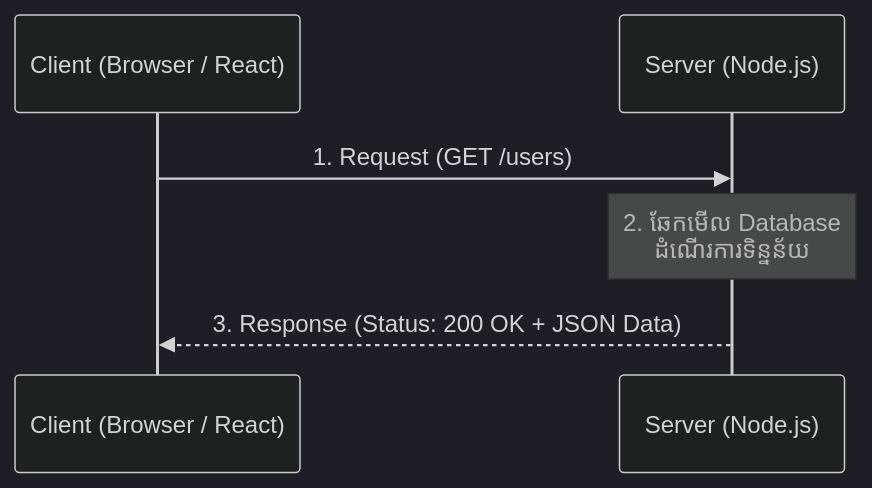
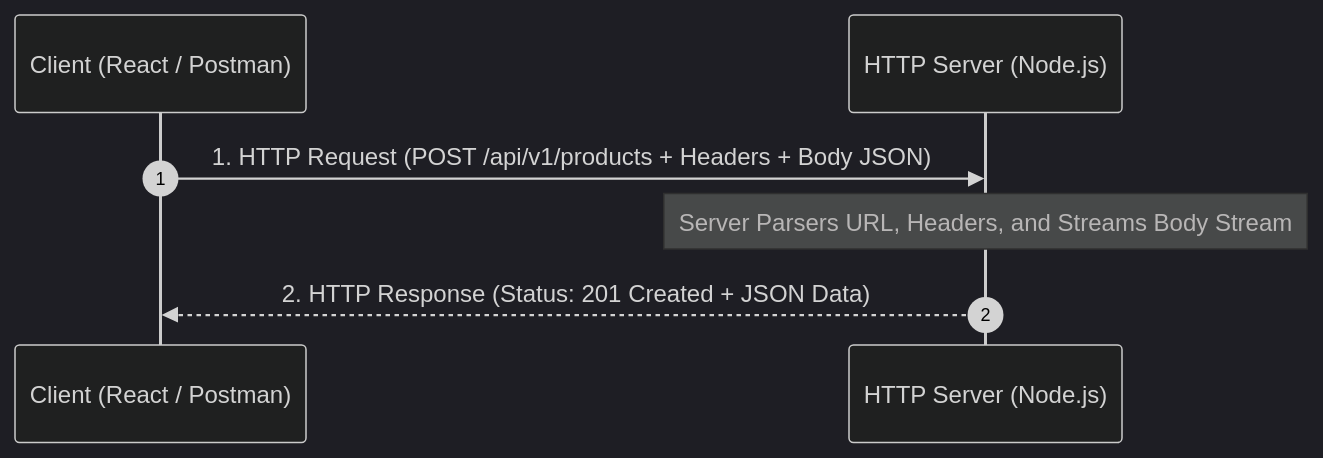
The diagram in src/courses/backend/module-1-nodejs-fundamentals/07-http-fundamentals.mdx (Ari-ICU/full-stack-short-coures), drawn with Mermaid (dark theme) before and after one commit. The commit also changed other lines of this file and 47 other files, not shown here.

Commit message:
refactor: rename backend-architecture directory to backend and update path references across all course modules

````diff
--- a/src/courses/backend/module-1-nodejs-fundamentals/07-http-fundamentals.mdx
+++ b/src/courses/backend/module-1-nodejs-fundamentals/07-http-fundamentals.mdx
@@ -16,9 +26,10 @@
 ```mermaid
 sequenceDiagram
-    participant C as Client (Browser / React)
-    participant S as Server (Node.js)
+    autonumber
+    participant Client as Client (React / Postman)
+    participant Server as HTTP Server (Node.js)
     
-    C->>S: 1. Request (GET /users)
-    Note over S: 2. ឆែកមើល Database <br/> ដំណើរការទិន្នន័យ
-    S-->>C: 3. Response (Status: 200 OK + JSON Data)
+    Client->>Server: 1. HTTP Request (POST /api/v1/products + Headers + Body JSON)
+    Note over Server: Server Parsers URL, Headers, and Streams Body Stream
+    Server-->>Client: 2. HTTP Response (Status: 201 Created + JSON Data)
 ```
````
